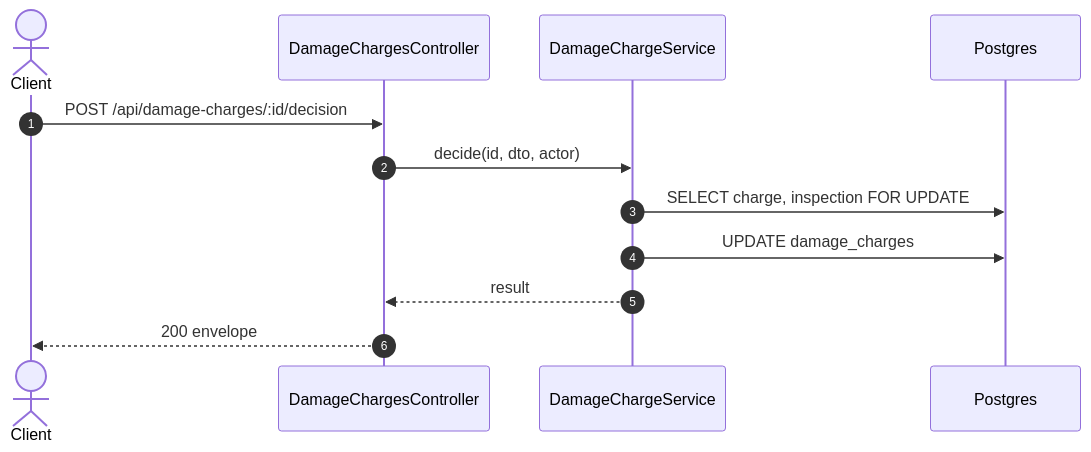
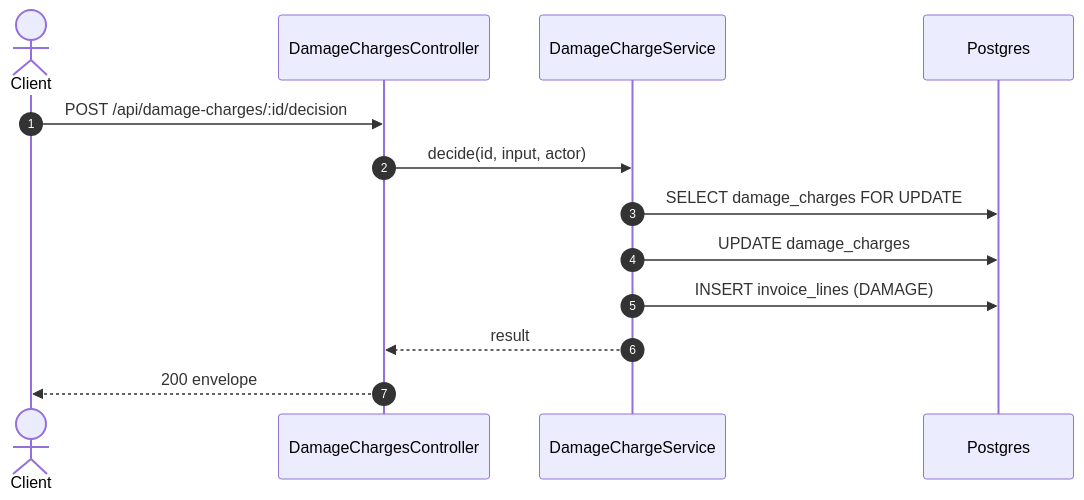
Before and after one commit to TrekLink-Team/treklink-web: the second of 2 diagrams in specs/billing/api-design/17-post-damage-charges-id-decision.md, drawn with Mermaid. The commit also changed other lines of this file and 34 other files, not shown here.

First line of the commit message:
feat(TK-161): damage charge decision on the charge's own contract and inspector (UC-48, D-081)

````diff
--- a/specs/billing/api-design/17-post-damage-charges-id-decision.md
+++ b/specs/billing/api-design/17-post-damage-charges-id-decision.md
@@ -208,14 +210,15 @@
 ```mermaid
 sequenceDiagram
     autonumber
     actor C as Client
     participant Ctl as DamageChargesController
     participant Svc as DamageChargeService
     participant DB as Postgres
     C->>Ctl: POST /api/damage-charges/:id/decision
-    Ctl->>Svc: decide(id, dto, actor)
-    Svc->>DB: SELECT charge, inspection FOR UPDATE
+    Ctl->>Svc: decide(id, input, actor)
+    Svc->>DB: SELECT damage_charges FOR UPDATE
     Svc->>DB: UPDATE damage_charges
+    Svc->>DB: INSERT invoice_lines (DAMAGE)
     Svc-->>Ctl: result
     Ctl-->>C: 200 envelope
 ```
````
